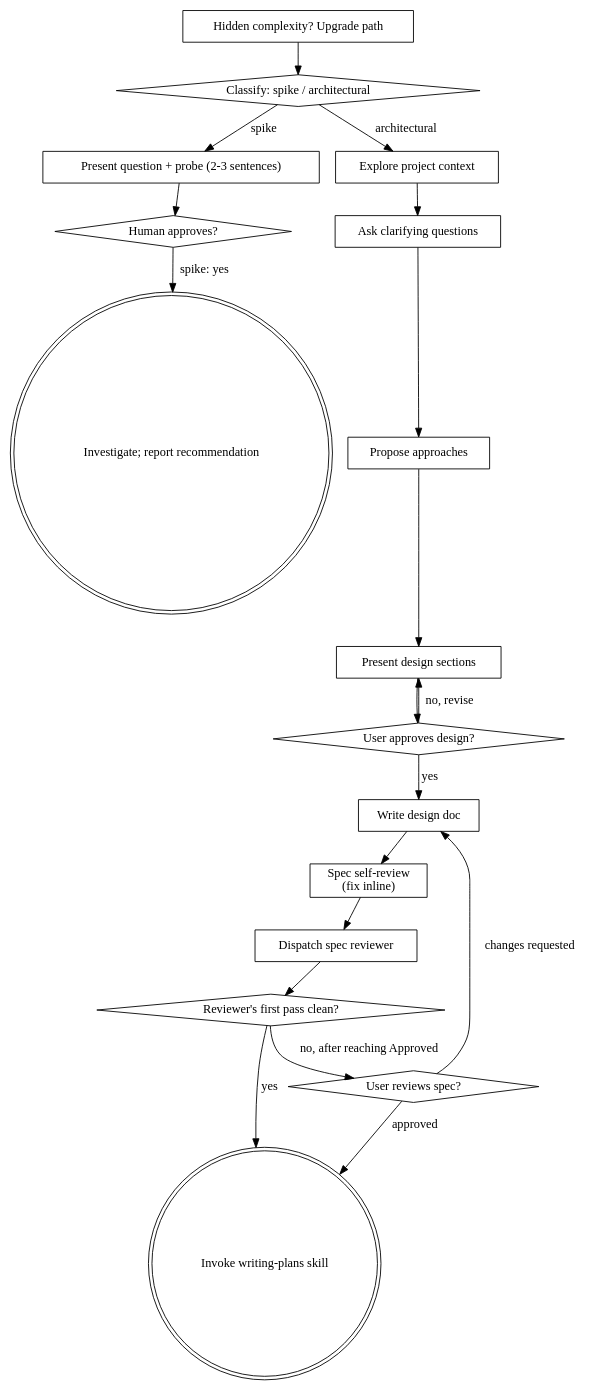
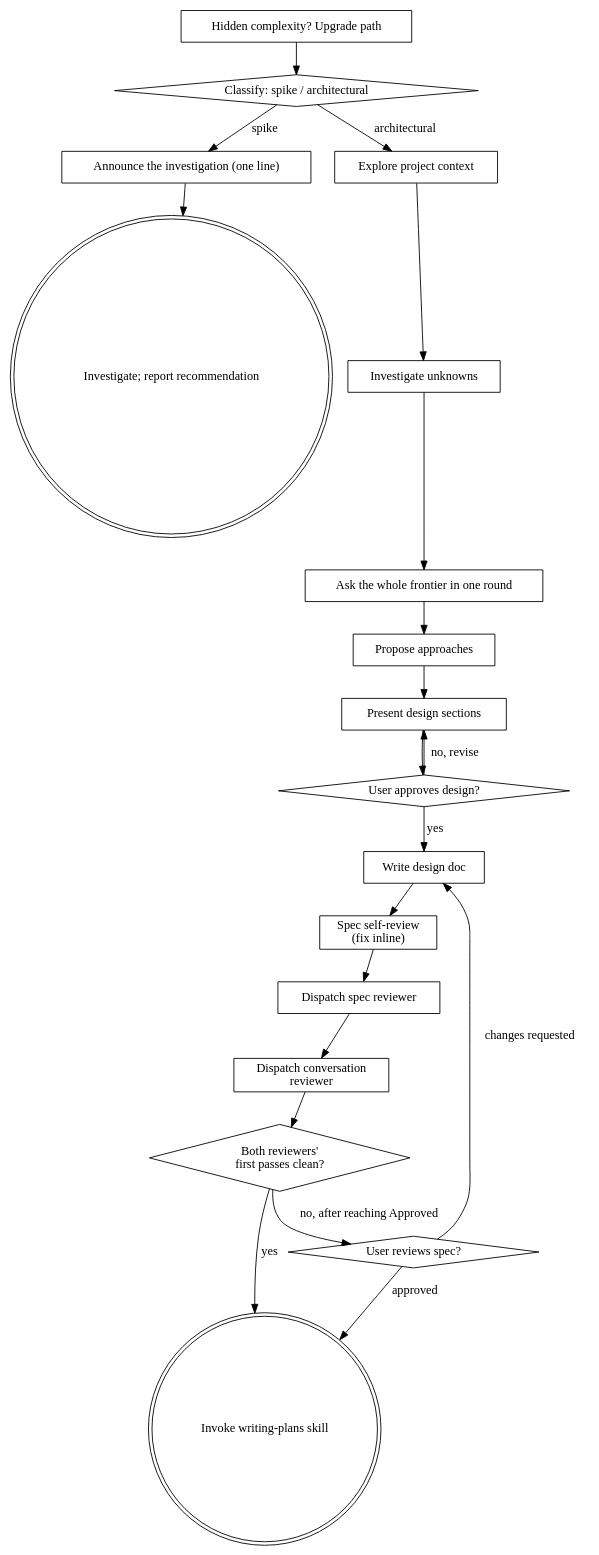
Before and after one commit to ysato-work/good-skills: the diagram in kiai-sp/skills/brainstorming/SKILL.md, drawn with Graphviz. The commit also changed other lines of this file and 100 other files, not shown here.

````diff
--- a/kiai-sp/skills/brainstorming/SKILL.md
+++ b/kiai-sp/skills/brainstorming/SKILL.md
@@ -165,39 +229,41 @@
 ```dot
 digraph brainstorming {
     "Classify: spike / architectural" [shape=diamond];
-    "Present question + probe (2-3 sentences)" [shape=box];
-    "Human approves?" [shape=diamond];
+    "Announce the investigation (one line)" [shape=box];
     "Investigate; report recommendation" [shape=doublecircle];
     "Explore project context" [shape=box];
-    "Ask clarifying questions" [shape=box];
+    "Investigate unknowns" [shape=box];
+    "Ask the whole frontier in one round" [shape=box];
     "Propose approaches" [shape=box];
     "Dispatch spec reviewer" [shape=box];
-    "Reviewer's first pass clean?" [shape=diamond];
+    "Dispatch conversation\nreviewer" [shape=box];
+    "Both reviewers'\nfirst passes clean?" [shape=diamond];
     "Present design sections" [shape=box];
     "User approves design?" [shape=diamond];
     "Write design doc" [shape=box];
     "Spec self-review\n(fix inline)" [shape=box];
     "User reviews spec?" [shape=diamond];
     "Invoke writing-plans skill" [shape=doublecircle];
     "Hidden complexity? Upgrade path" [shape=box];
 
-    "Classify: spike / architectural" -> "Present question + probe (2-3 sentences)" [label="spike"];
+    "Classify: spike / architectural" -> "Announce the investigation (one line)" [label="spike"];
     "Classify: spike / architectural" -> "Explore project context" [label="architectural"];
-    "Present question + probe (2-3 sentences)" -> "Human approves?";
-    "Human approves?" -> "Investigate; report recommendation" [label="spike: yes"];
+    "Announce the investigation (one line)" -> "Investigate; report recommendation";
     "Hidden complexity? Upgrade path" -> "Classify: spike / architectural";
-    "Explore project context" -> "Ask clarifying questions";
-    "Ask clarifying questions" -> "Propose approaches";
+    "Explore project context" -> "Investigate unknowns";
+    "Investigate unknowns" -> "Ask the whole frontier in one round";
+    "Ask the whole frontier in one round" -> "Propose approaches";
     "Propose approaches" -> "Present design sections";
     "Present design sections" -> "User approves design?";
     "User approves design?" -> "Present design sections" [label="no, revise"];
     "User approves design?" -> "Write design doc" [label="yes"];
     "Write design doc" -> "Spec self-review\n(fix inline)";
     "Spec self-review\n(fix inline)" -> "Dispatch spec reviewer";
-    "Dispatch spec reviewer" -> "Reviewer's first pass clean?";
-    "Reviewer's first pass clean?" -> "Invoke writing-plans skill" [label="yes"];
-    "Reviewer's first pass clean?" -> "User reviews spec?" [label="no, after reaching Approved"];
+    "Dispatch spec reviewer" -> "Dispatch conversation\nreviewer";
+    "Dispatch conversation\nreviewer" -> "Both reviewers'\nfirst passes clean?";
+    "Both reviewers'\nfirst passes clean?" -> "Invoke writing-plans skill" [label="yes"];
+    "Both reviewers'\nfirst passes clean?" -> "User reviews spec?" [label="no, after reaching Approved"];
     "User reviews spec?" -> "Write design doc" [label="changes requested"];
     "User reviews spec?" -> "Invoke writing-plans skill" [label="approved"];
 }
 ```
````
